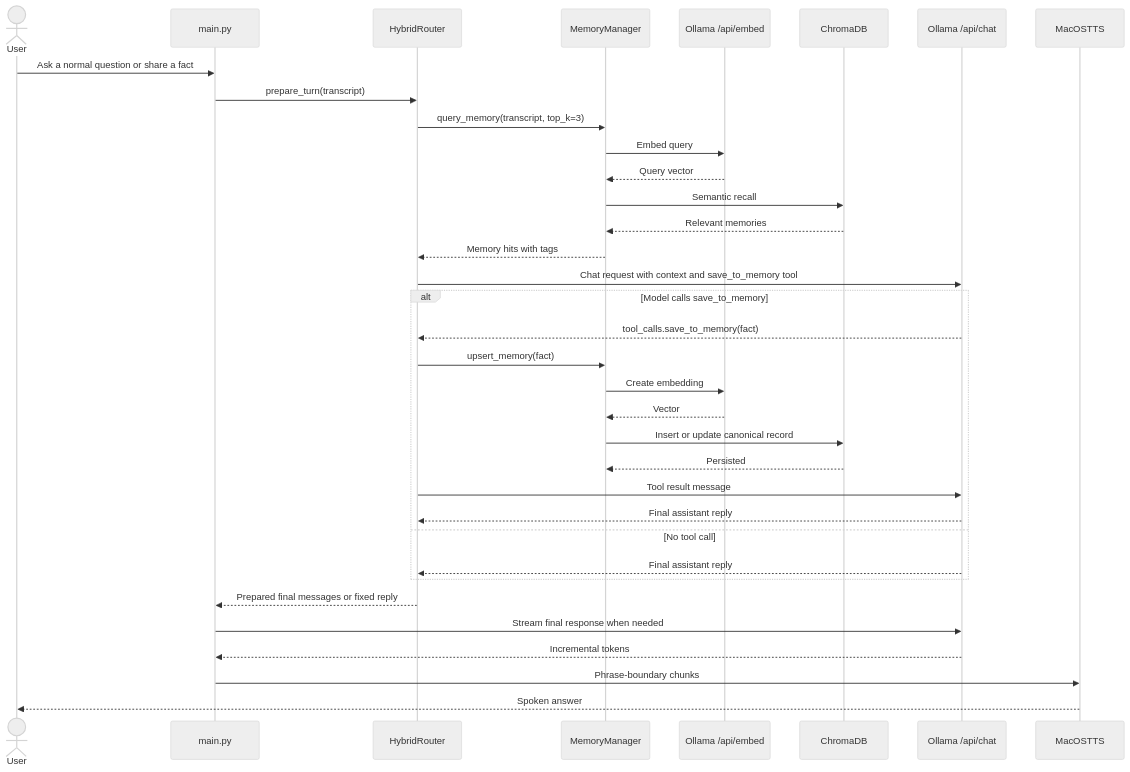
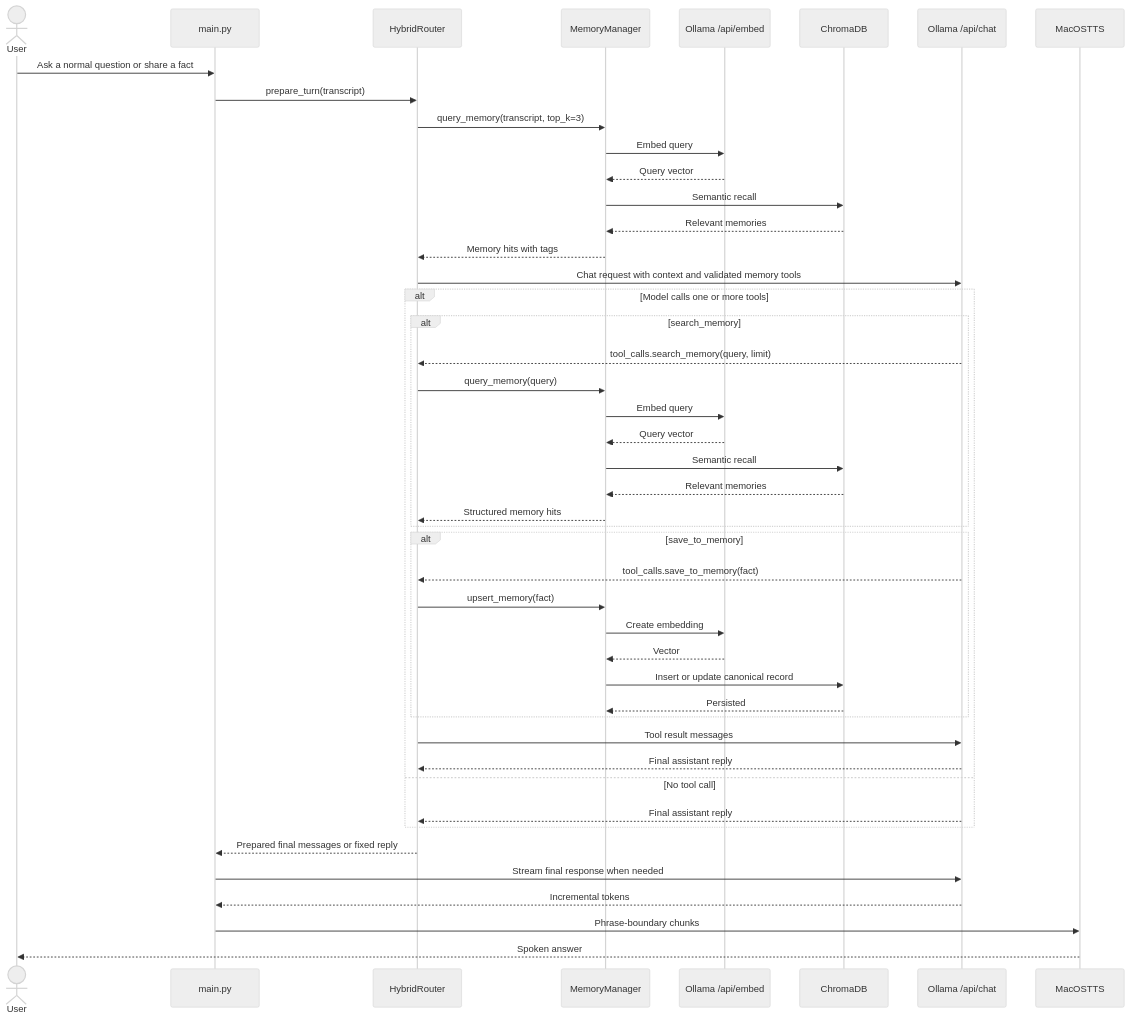
One commit to MAlkabbani/lulu changed the second of 4 diagrams in docs/prd.md. Above: the diagram before and after it, drawn with Mermaid (neutral theme). The commit also changed other lines of this file and 9 other files, not shown here.

First line of the commit message:
feat(router): Add bounded multi-tool memory flow

````diff
--- a/docs/prd.md
+++ b/docs/prd.md
@@ -168,38 +170,49 @@
 ```mermaid
 sequenceDiagram
     actor User
     participant Main as main.py
     participant Router as HybridRouter
     participant Memory as MemoryManager
     participant Embed as Ollama /api/embed
     participant Vault as ChromaDB
     participant Chat as Ollama /api/chat
     participant TTS as MacOSTTS
 
     User->>Main: Ask a normal question or share a fact
     Main->>Router: prepare_turn(transcript)
     Router->>Memory: query_memory(transcript, top_k=3)
     Memory->>Embed: Embed query
     Embed-->>Memory: Query vector
     Memory->>Vault: Semantic recall
     Vault-->>Memory: Relevant memories
     Memory-->>Router: Memory hits with tags
-    Router->>Chat: Chat request with context and save_to_memory tool
-    alt Model calls save_to_memory
-        Chat-->>Router: tool_calls.save_to_memory(fact)
-        Router->>Memory: upsert_memory(fact)
-        Memory->>Embed: Create embedding
-        Embed-->>Memory: Vector
-        Memory->>Vault: Insert or update canonical record
-        Vault-->>Memory: Persisted
-        Router->>Chat: Tool result message
+    Router->>Chat: Chat request with context and validated memory tools
+    alt Model calls one or more tools
+        alt search_memory
+            Chat-->>Router: tool_calls.search_memory(query, limit)
+            Router->>Memory: query_memory(query)
+            Memory->>Embed: Embed query
+            Embed-->>Memory: Query vector
+            Memory->>Vault: Semantic recall
+            Vault-->>Memory: Relevant memories
+            Memory-->>Router: Structured memory hits
+        end
+        alt save_to_memory
+            Chat-->>Router: tool_calls.save_to_memory(fact)
+            Router->>Memory: upsert_memory(fact)
+            Memory->>Embed: Create embedding
+            Embed-->>Memory: Vector
+            Memory->>Vault: Insert or update canonical record
+            Vault-->>Memory: Persisted
+        end
+        Router->>Chat: Tool result messages
         Chat-->>Router: Final assistant reply
     else No tool call
         Chat-->>Router: Final assistant reply
     end
     Router-->>Main: Prepared final messages or fixed reply
     Main->>Chat: Stream final response when needed
     Chat-->>Main: Incremental tokens
     Main->>TTS: Phrase-boundary chunks
     TTS-->>User: Spoken answer
 ```
````
